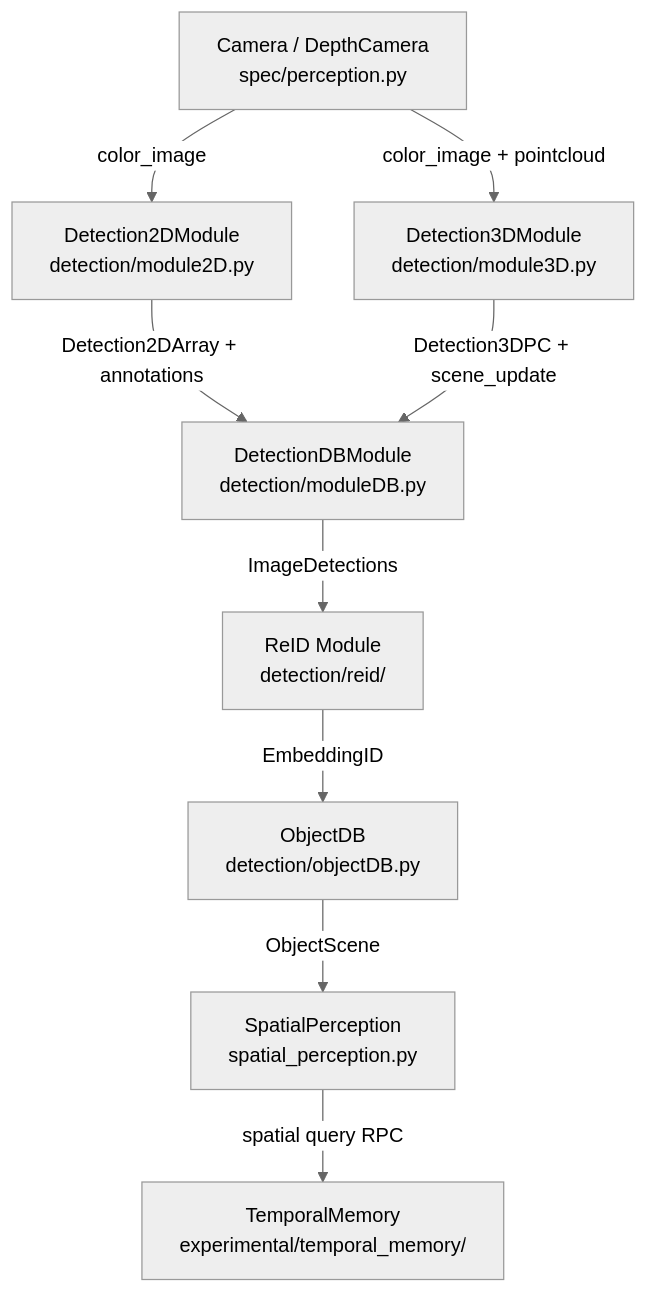
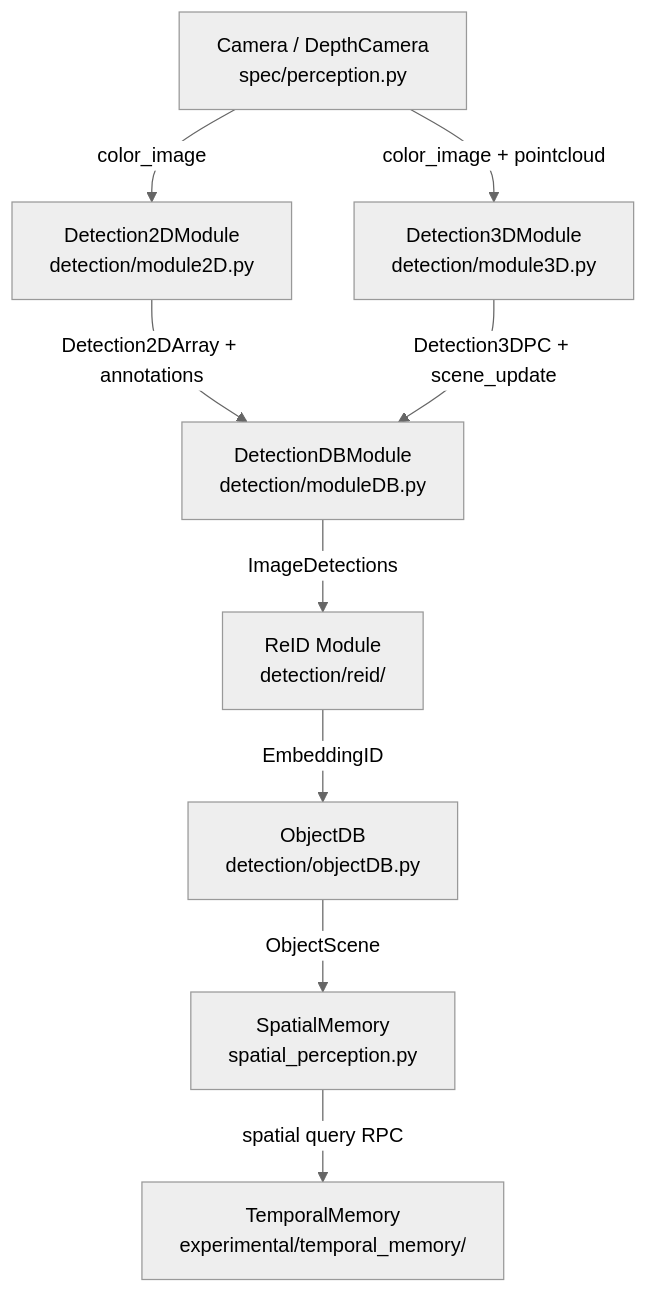
One commit to cpy1990/dimos changed the second of 8 diagrams in docs/architecture/subsystems.md. Above: the diagram before and after it, drawn with Mermaid (neutral theme). The commit also changed other lines of this file and 4 other files, not shown here.

Commit message:
docs(architecture): batch A — path/class literal fixes for core/coordination, perception rename, rerun rename, mapping rename

````diff
--- a/docs/architecture/subsystems.md
+++ b/docs/architecture/subsystems.md
@@ -81,20 +81,20 @@
 ```mermaid
 flowchart TD
   CAM[Camera / DepthCamera<br/>spec/perception.py]
   D2D[Detection2DModule<br/>detection/module2D.py]
   D3D[Detection3DModule<br/>detection/module3D.py]
   DB[DetectionDBModule<br/>detection/moduleDB.py]
   REID[ReID Module<br/>detection/reid/]
   OBJ[ObjectDB<br/>detection/objectDB.py]
-  SP[SpatialPerception<br/>spatial_perception.py]
+  SP[SpatialMemory<br/>spatial_perception.py]
   TM[TemporalMemory<br/>experimental/temporal_memory/]
 
   CAM -->|color_image| D2D
   CAM -->|color_image + pointcloud| D3D
   D2D -->|Detection2DArray + annotations| DB
   D3D -->|Detection3DPC + scene_update| DB
   DB -->|ImageDetections| REID
   REID -->|EmbeddingID| OBJ
   OBJ -->|ObjectScene| SP
   SP -->|spatial query RPC| TM
 ```
````
